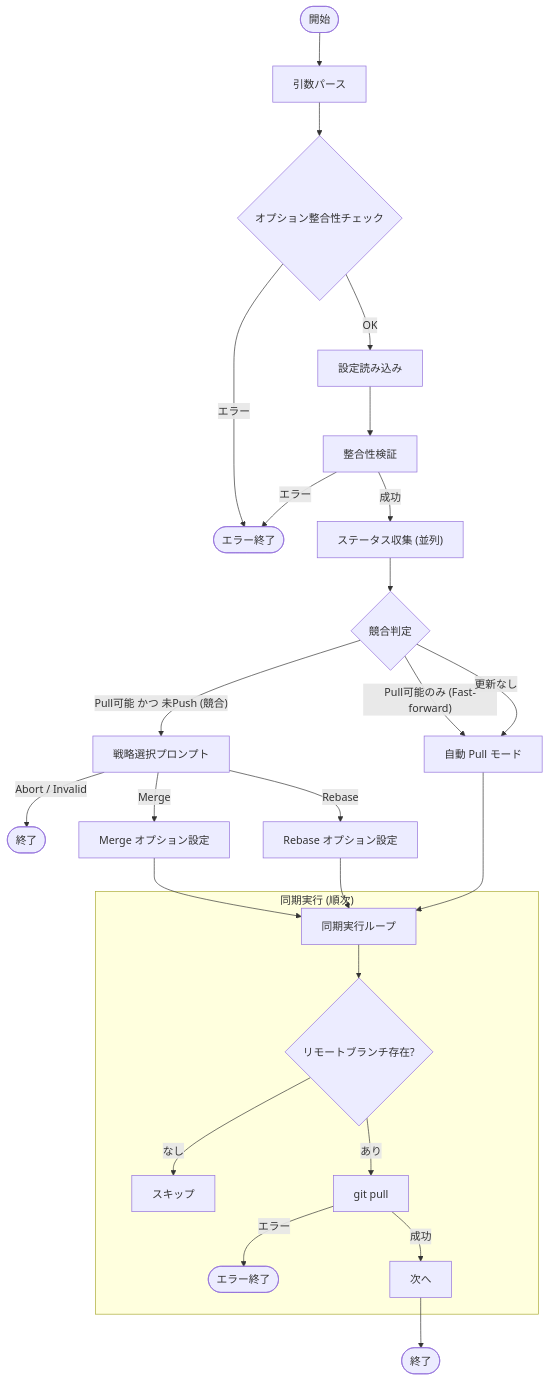
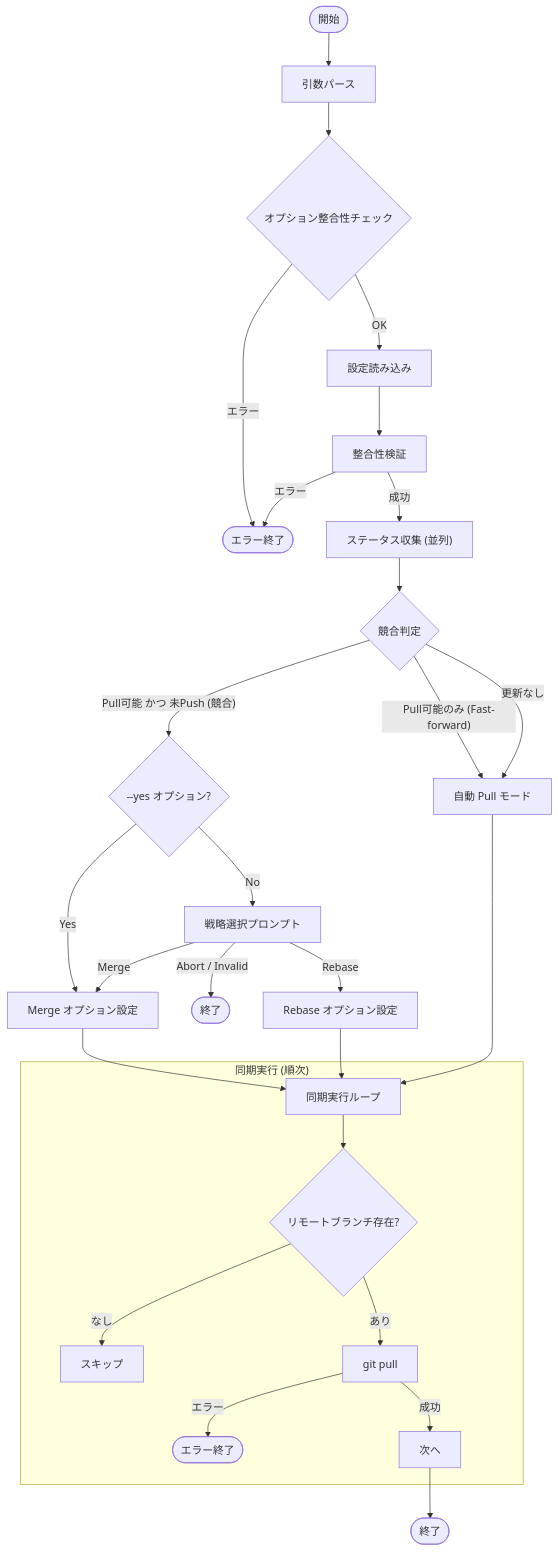
Before and after one commit to keiji/mistletoe: the diagram in docs/internal/app/sync.md, drawn with Mermaid. The commit also changed other lines of this file and 22 other files, not shown here.

````diff
--- a/docs/internal/app/sync.md
+++ b/docs/internal/app/sync.md
@@ -31,37 +32,40 @@
 ```mermaid
 flowchart TD
     Start(["開始"]) --> ParseArgs["引数パース"]
     ParseArgs --> ValidateFlags{"オプション整合性チェック"}
     ValidateFlags -- "エラー" --> ErrorExit(["エラー終了"])
     ValidateFlags -- "OK" --> LoadConfig["設定読み込み"]
 
     LoadConfig --> ValidateIntegrity["整合性検証"]
 
     ValidateIntegrity -- "エラー" --> ErrorExit
     ValidateIntegrity -- "成功" --> CollectStatus["ステータス収集 (並列)"]
 
     CollectStatus --> Analyze{"競合判定"}
 
-    Analyze -- "Pull可能 かつ 未Push (競合)" --> Prompt["戦略選択プロンプト"]
+    Analyze -- "Pull可能 かつ 未Push (競合)" --> CheckYes{"--yes オプション?"}
     Analyze -- "Pull可能のみ (Fast-forward)" --> AutoPull["自動 Pull モード"]
     Analyze -- "更新なし" --> AutoPull
+
+    CheckYes -- "Yes" --> SetMerge
+    CheckYes -- "No" --> Prompt["戦略選択プロンプト"]
 
     Prompt -- "Abort / Invalid" --> Stop(["終了"])
     Prompt -- "Merge" --> SetMerge["Merge オプション設定"]
     Prompt -- "Rebase" --> SetRebase["Rebase オプション設定"]
 
     SetMerge --> ExecLoop["同期実行ループ"]
     SetRebase --> ExecLoop
     AutoPull --> ExecLoop
 
     subgraph "同期実行 (順次)"
         ExecLoop --> CheckRemote{"リモートブランチ存在?"}
         CheckRemote -- "なし" --> Skip["スキップ"]
         CheckRemote -- "あり" --> GitPull["git pull <args>"]
 
         GitPull -- "エラー" --> ErrorPull(["エラー終了"])
         GitPull -- "成功" --> Next["次へ"]
     end
 
     Next --> End(["終了"])
 ```
````
